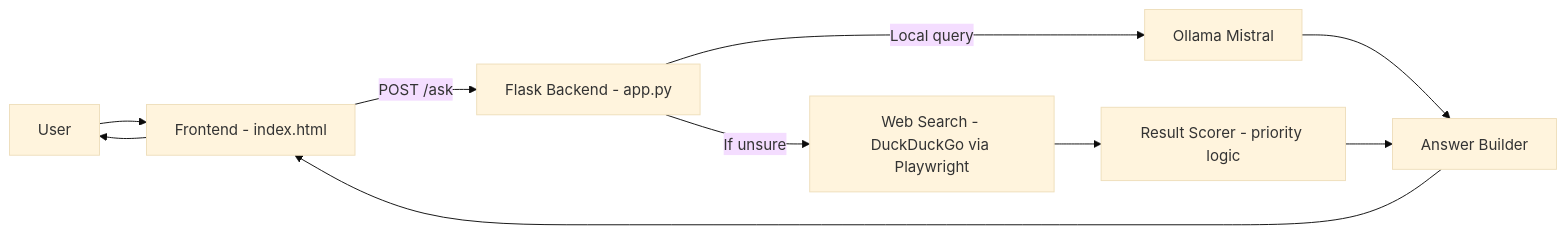
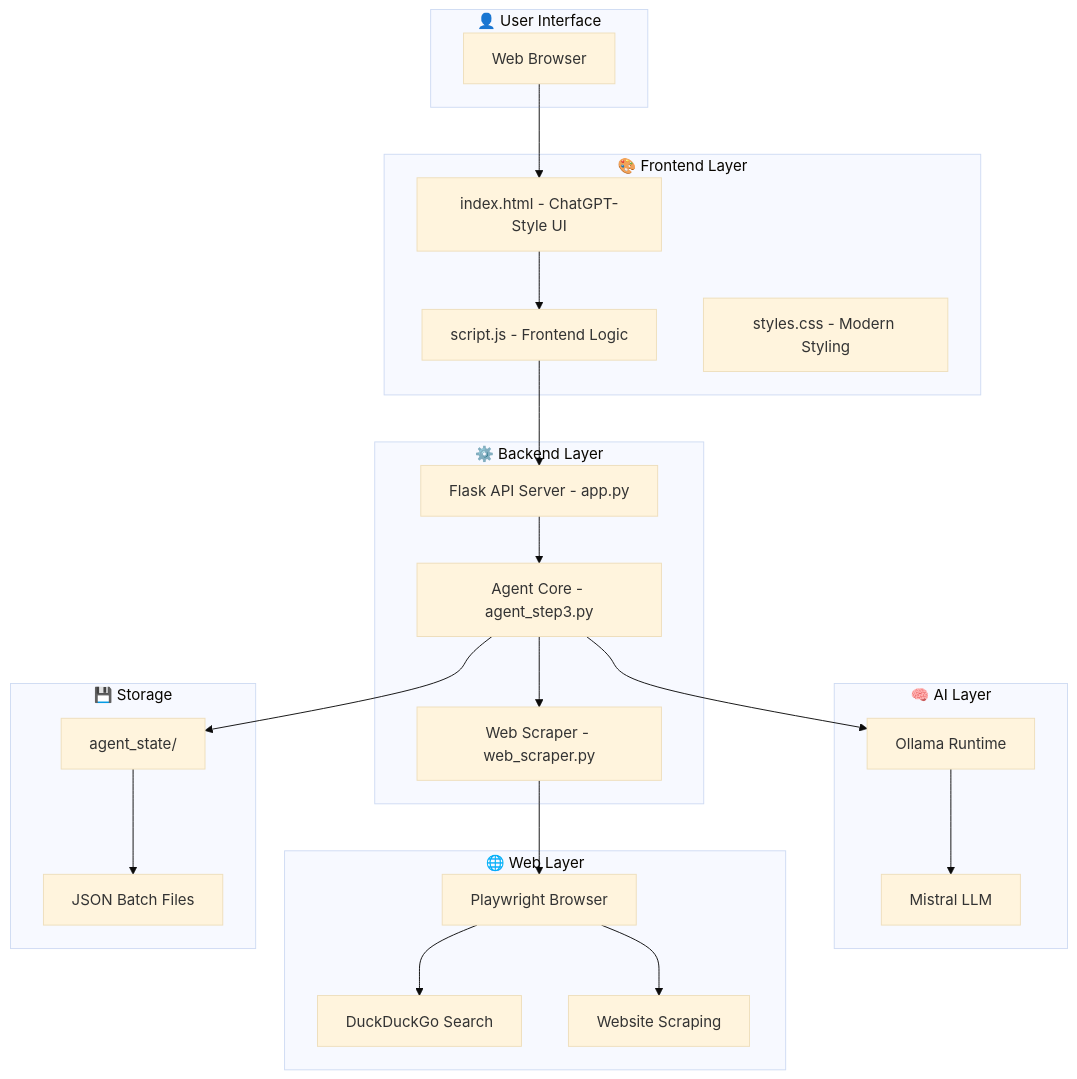
Before and after one commit to AshmitThakur23/Local-AI-Web-Navigator: the first of 4 diagrams in README.md, drawn with Mermaid (base theme). The commit also changed other lines of this file, not shown here.

````diff
--- a/README.md
+++ b/README.md
@@ -57,12 +152,47 @@
 ```mermaid
-flowchart LR
-  U["User"] --> F["Frontend - index.html"]
-  F -->|"POST /ask"| B["Flask Backend - app.py"]
-  B -->|"Local query"| L["Ollama Mistral"]
-  B -->|"If unsure"| S["Web Search - DuckDuckGo via Playwright"]
-  S --> R["Result Scorer - priority logic"]
-  L --> A["Answer Builder"]
-  R --> A
-  A --> F
-  F --> U
+flowchart TB
+    subgraph User["👤 User Interface"]
+        A[Web Browser]
+    end
+    
+    subgraph Frontend["🎨 Frontend Layer"]
+        B[index.html - ChatGPT-Style UI]
+        C[script.js - Frontend Logic]
+        D[styles.css - Modern Styling]
+    end
+    
+    subgraph Backend["⚙️ Backend Layer"]
+        E[Flask API Server - app.py]
+        F[Agent Core - agent_step3.py]
+        G[Web Scraper - web_scraper.py]
+    end
+    
+    subgraph AI["🧠 AI Layer"]
+        H[Ollama Runtime]
+        I[Mistral LLM]
+    end
+    
+    subgraph Web["🌐 Web Layer"]
+        J[Playwright Browser]
+        K[DuckDuckGo Search]
+        L[Website Scraping]
+    end
+    
+    subgraph Storage["💾 Storage"]
+        M[agent_state/]
+        N[JSON Batch Files]
+    end
+    
+    A --> B
+    B --> C
+    C --> E
+    E --> F
+    F --> H
+    H --> I
+    F --> G
+    G --> J
+    J --> K
+    J --> L
+    F --> M
+    M --> N
 ```
````
